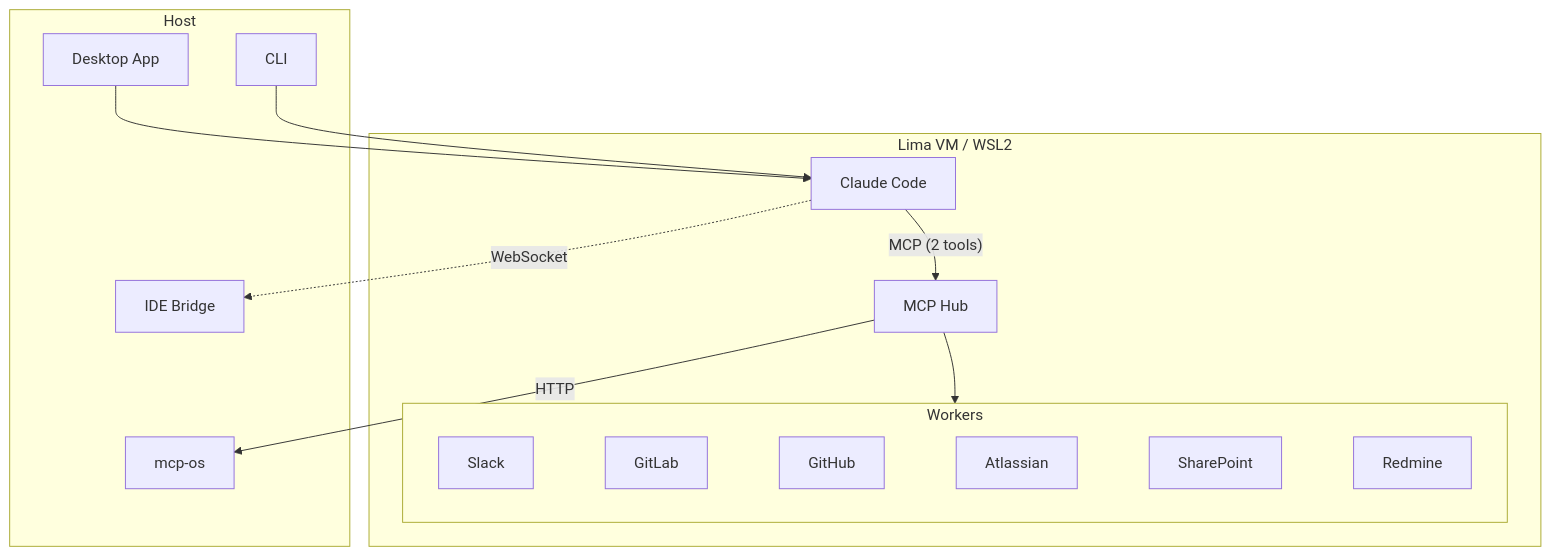
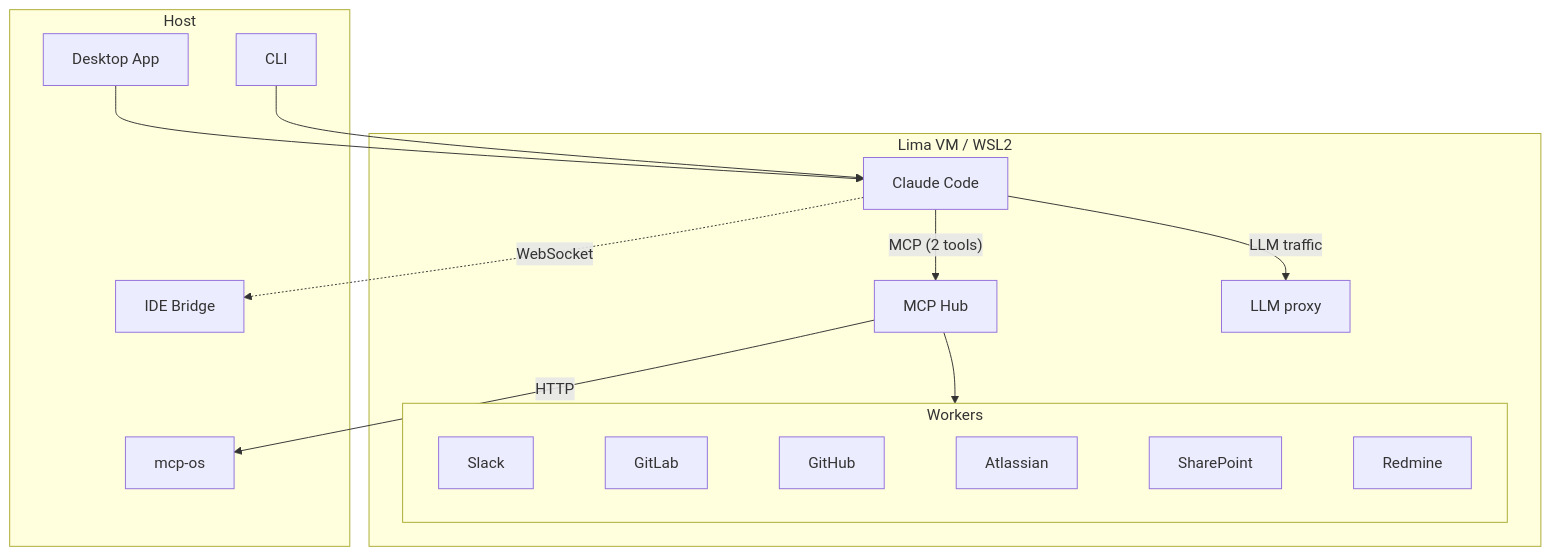
One commit to speednet-software/speedwave changed the diagram in README.md. Above: the diagram before and after it, drawn with Mermaid. The commit also changed other lines of this file and 49 other files, not shown here.

````diff
--- a/README.md
+++ b/README.md
@@ -51,23 +86,25 @@
 ```mermaid
 graph TB
     subgraph Host[" Host "]
         APP[Desktop App] & CLI[CLI]
         IDE[IDE Bridge]
         MCP_OS[mcp-os]
     end
 
     subgraph VM[" Lima VM / WSL2 "]
         CLAUDE[Claude Code]
         HUB[MCP Hub]
+        PROXY[LLM proxy]
         subgraph Workers[" Workers "]
             direction LR
             SLACK[Slack] ~~~ GITLAB[GitLab] ~~~ GITHUB[GitHub] ~~~ ATLASSIAN[Atlassian] ~~~ SP[SharePoint] ~~~ REDMINE[Redmine]
         end
     end
 
     APP & CLI --> CLAUDE
     CLAUDE -- "MCP (2 tools)" --> HUB
+    CLAUDE -- "LLM traffic" --> PROXY
     CLAUDE -. "WebSocket" .-> IDE
     HUB --> Workers
     HUB -- "HTTP" --> MCP_OS
 ```
````
